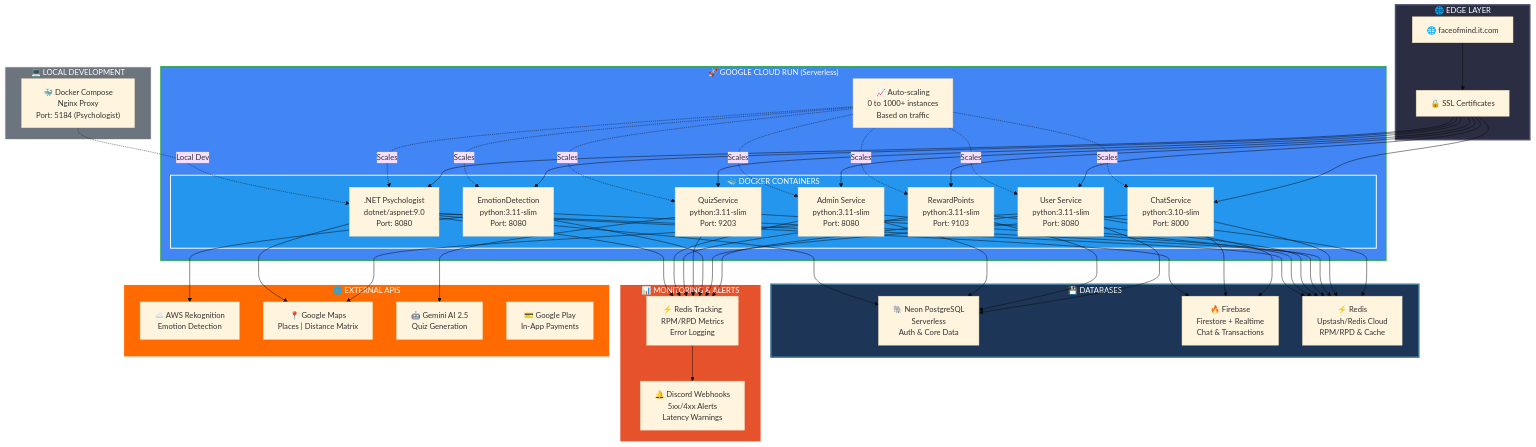
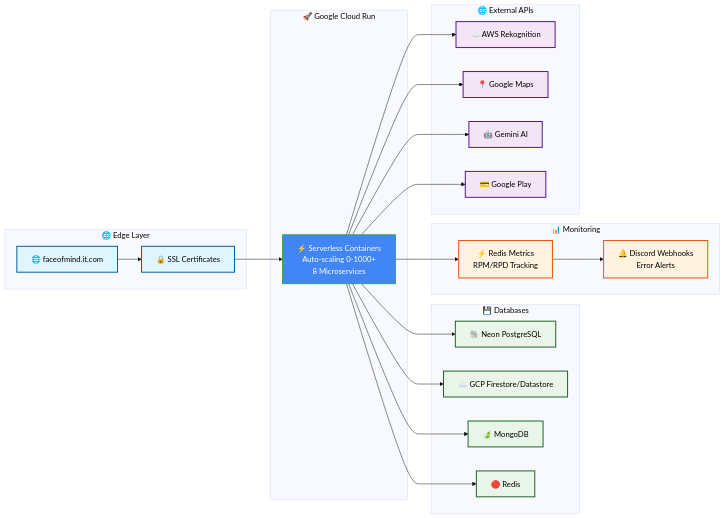
Before and after one commit to Froillan123/Froillan123: the second of 4 diagrams in README.md, drawn with Mermaid (base theme). The commit also changed other lines of this file, not shown here.

````diff
--- a/README.md
+++ b/README.md
@@ -796,104 +784,58 @@
 ```mermaid
-graph TB
-    subgraph EDGE["🌐 EDGE LAYER"]
+graph LR
+    subgraph Edge["🌐 Edge Layer"]
         Domain["🌐 faceofmind.it.com"]
         SSL["🔒 SSL Certificates"]
     end
 
-    subgraph CLOUDRUN["🚀 GOOGLE CLOUD RUN (Serverless)"]
-        subgraph CONTAINERS["🐳 DOCKER CONTAINERS"]
-            User["User Service<br/>python:3.11-slim<br/>Port: 8080"]
-            Chat["ChatService<br/>python:3.10-slim<br/>Port: 8000"]
-            Emotion["EmotionDetection<br/>python:3.11-slim<br/>Port: 8080"]
-            Quiz["QuizService<br/>python:3.11-slim<br/>Port: 9203"]
-            Reward["RewardPoints<br/>python:3.11-slim<br/>Port: 9103"]
-            AdminSvc["Admin Service<br/>python:3.11-slim<br/>Port: 8080"]
-            Psycho[".NET Psychologist<br/>dotnet/aspnet:9.0<br/>Port: 8080"]
-        end
-
-        AutoScale["📈 Auto-scaling<br/>0 to 1000+ instances<br/>Based on traffic"]
+    subgraph CloudRun["🚀 Google Cloud Run"]
+        Services["⚡ Serverless Containers<br/>Auto-scaling 0-1000+<br/>8 Microservices"]
     end
 
-    subgraph LOCAL["💻 LOCAL DEVELOPMENT"]
-        DockerCompose["🐳 Docker Compose<br/>Nginx Proxy<br/>Port: 5184 (Psychologist)"]
+    subgraph Databases["💾 Databases"]
+        PG["🐘 Neon PostgreSQL"]
+        Firestore["☁️ GCP Firestore/Datastore"]
+        MongoDB["🍃 MongoDB"]
+        Redis["🔴 Redis"]
     end
 
-    subgraph DATA["💾 DATABASES"]
-        Neon["🐘 Neon PostgreSQL<br/>Serverless<br/>Auth & Core Data"]
-        Firebase["🔥 Firebase<br/>Firestore + Realtime<br/>Chat & Transactions"]
-        RedisDB["⚡ Redis<br/>Upstash/Redis Cloud<br/>RPM/RPD & Cache"]
+    subgraph Monitoring["📊 Monitoring"]
+        Metrics["⚡ Redis Metrics<br/>RPM/RPD Tracking"]
+        Alerts["🔔 Discord Webhooks<br/>Error Alerts"]
     end
 
-    subgraph MONITORING["📊 MONITORING & ALERTS"]
-        RedisMetrics["⚡ Redis Tracking<br/>RPM/RPD Metrics<br/>Error Logging"]
-        DiscordAlert["🔔 Discord Webhooks<br/>5xx/4xx Alerts<br/>Latency Warnings"]
-    end
-
-    subgraph EXTERNAL["🌐 EXTERNAL APIS"]
-        AWS["☁️ AWS Rekognition<br/>Emotion Detection"]
-        Maps["📍 Google Maps<br/>Places | Distance Matrix"]
-        Gemini["🤖 Gemini AI 2.5<br/>Quiz Generation"]
-        PlayStore["💳 Google Play<br/>In-App Payments"]
+    subgraph External["🌐 External APIs"]
+        AWS["☁️ AWS Rekognition"]
+        Maps["📍 Google Maps"]
+        Gemini["🤖 Gemini AI"]
+        PlayStore["💳 Google Play"]
     end
 
     Domain --> SSL
-    SSL --> User
-    SSL --> Chat
-    SSL --> Emotion
-    SSL --> Quiz
-    SSL --> Reward
-    SSL --> AdminSvc
-    SSL --> Psycho
+    SSL --> Services
 
-    User --> Neon
-    User --> Firebase
-    User --> RedisDB
-    User --> Maps
-    User --> RedisMetrics
+    Services --> PG
+    Services --> Firestore
+    Services --> MongoDB
+    Services --> Redis
+    Services --> AWS
+    Services --> Maps
+    Services --> Gemini
+    Services --> PlayStore
 
-    Chat --> Firebase
-    Chat --> RedisDB
-    Chat --> RedisMetrics
+    Services --> Metrics
+    Metrics --> Alerts
 
-    Emotion --> AWS
-    Emotion --> RedisDB
-    Emotion --> RedisMetrics
+    %% Styling
+    classDef edge fill:#e1f5fe,stroke:#01579b,stroke-width:2px,color:#000
+    classDef cloud fill:#4285F4,stroke:#34A853,stroke-width:2px,color:#fff
+    classDef data fill:#e8f5e8,stroke:#1b5e20,stroke-width:2px,color:#000
+    classDef monitor fill:#fff3e0,stroke:#e65100,stroke-width:2px,color:#000
+    classDef external fill:#f3e5f5,stroke:#4a148c,stroke-width:2px,color:#000
 
-    Quiz --> Gemini
-    Quiz --> RedisDB
-    Quiz --> RedisMetrics
-
-    Reward --> Neon
-    Reward --> RedisDB
-    Reward --> RedisMetrics
-
-    AdminSvc --> Neon
-    AdminSvc --> RedisDB
-    AdminSvc --> RedisMetrics
-
-    Psycho --> Neon
-    Psycho --> Firebase
-    Psycho --> RedisDB
-    Psycho --> Maps
-    Psycho --> RedisMetrics
-
-    RedisMetrics --> DiscordAlert
-
-    AutoScale -.->|Scales| User
-    AutoScale -.->|Scales| Chat
-    AutoScale -.->|Scales| Emotion
-    AutoScale -.->|Scales| Quiz
-    AutoScale -.->|Scales| Reward
-    AutoScale -.->|Scales| AdminSvc
-    AutoScale -.->|Scales| Psycho
-
-    DockerCompose -.->|Local Dev| Psycho
-
-    style EDGE fill:#2b2d42,stroke:#4a4e69,stroke-width:3px,color:#fff
-    style CLOUDRUN fill:#4285F4,stroke:#34A853,stroke-width:3px,color:#fff
-    style CONTAINERS fill:#2496ED,stroke:#fff,stroke-width:2px,color:#fff
-    style LOCAL fill:#6c757d,stroke:#fff,stroke-width:2px,color:#fff
-    style DATA fill:#1d3557,stroke:#457b9d,stroke-width:3px,color:#fff
-    style MONITORING fill:#E6522C,stroke:#fff,stroke-width:3px,color:#fff
-    style EXTERNAL fill:#FF6B00,stroke:#fff,stroke-width:3px,color:#fff
+    class Domain,SSL edge
+    class Services cloud
+    class PG,Firestore,MongoDB,Redis data
+    class Metrics,Alerts monitor
+    class AWS,Maps,Gemini,PlayStore external
 ```
````
